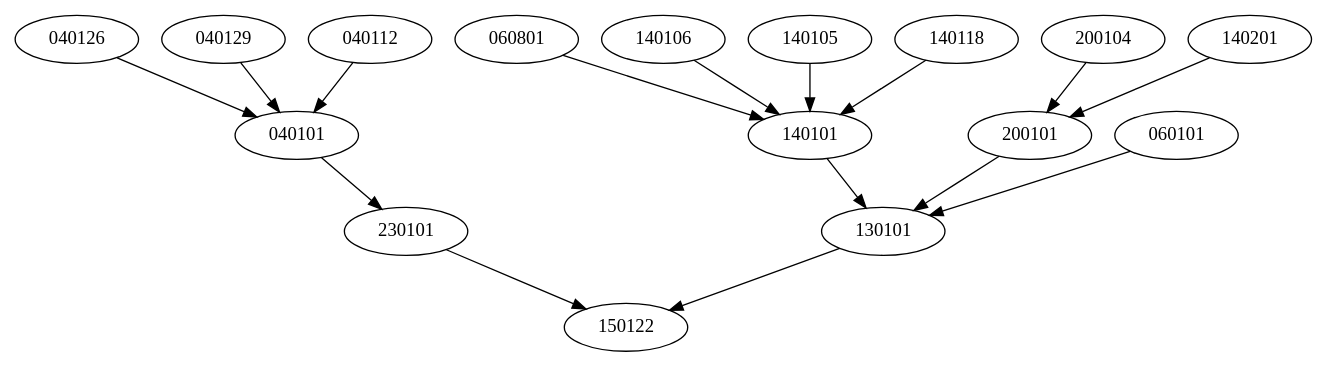
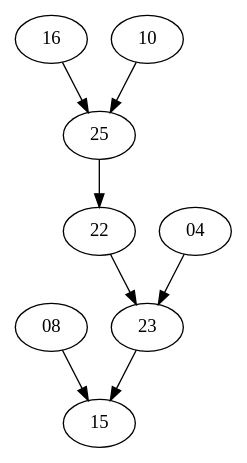
The diagram in O3_Identificacion_Corredores/Output/corredorDistrital_DF.dot (ariana20/Proyecto-Tesis), drawn with Graphviz before and after one commit. The commit also changed 2 other files, not shown here.

```diff
--- a/O3_Identificacion_Corredores/Output/corredorDistrital_DF.dot
+++ b/O3_Identificacion_Corredores/Output/corredorDistrital_DF.dot
@@ -1,17 +1,9 @@
 strict digraph "" {
-	130101 -> 150122;
-	230101 -> 150122;
-	040101 -> 230101;
-	140101 -> 130101;
-	200101 -> 130101;
-	060101 -> 130101;
-	040126 -> 040101;
-	200104 -> 200101;
-	040129 -> 040101;
-	060801 -> 140101;
-	140106 -> 140101;
-	040112 -> 040101;
-	140105 -> 140101;
-	140201 -> 200101;
-	140118 -> 140101;
+	08 -> 15;
+	23 -> 15;
+	22 -> 23;
+	04 -> 23;
+	25 -> 22;
+	16 -> 25;
+	10 -> 25;
 }
```
